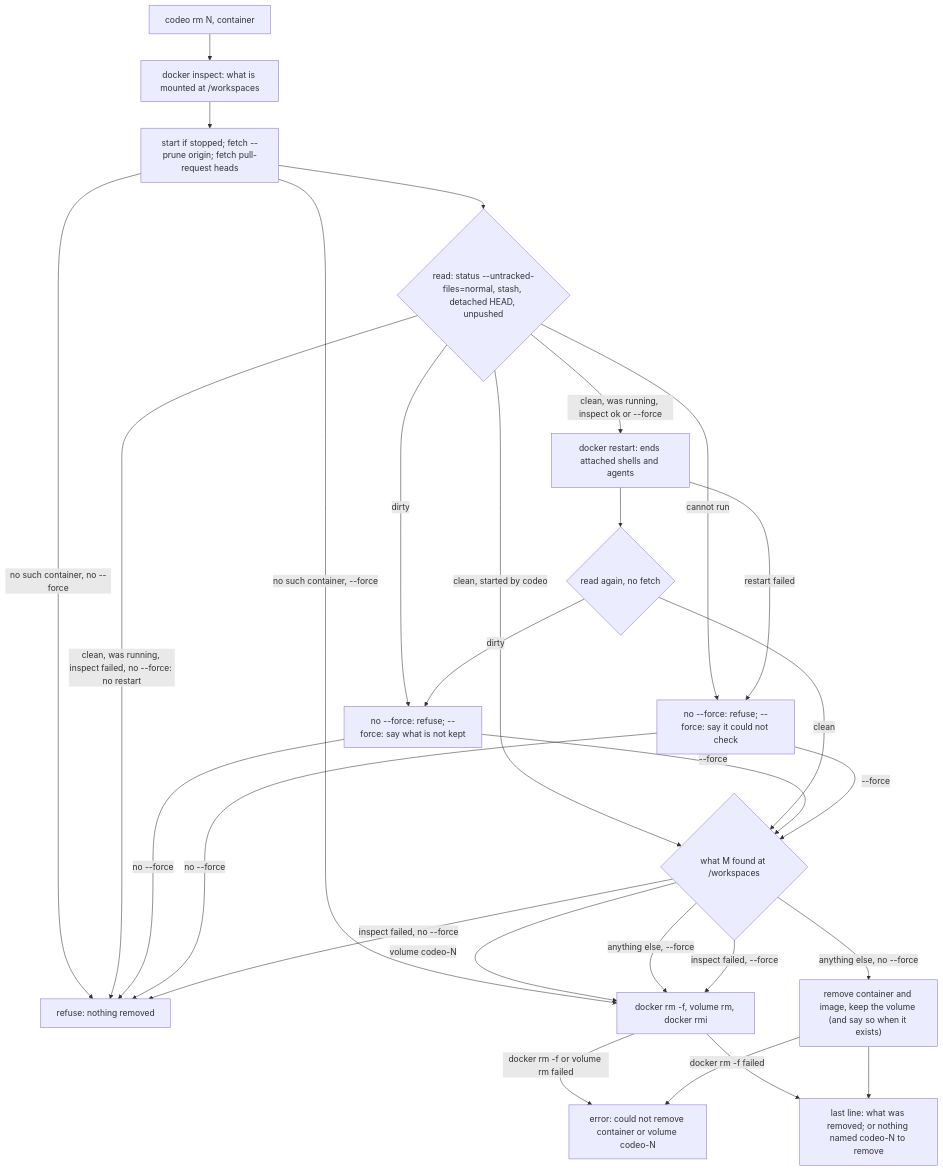
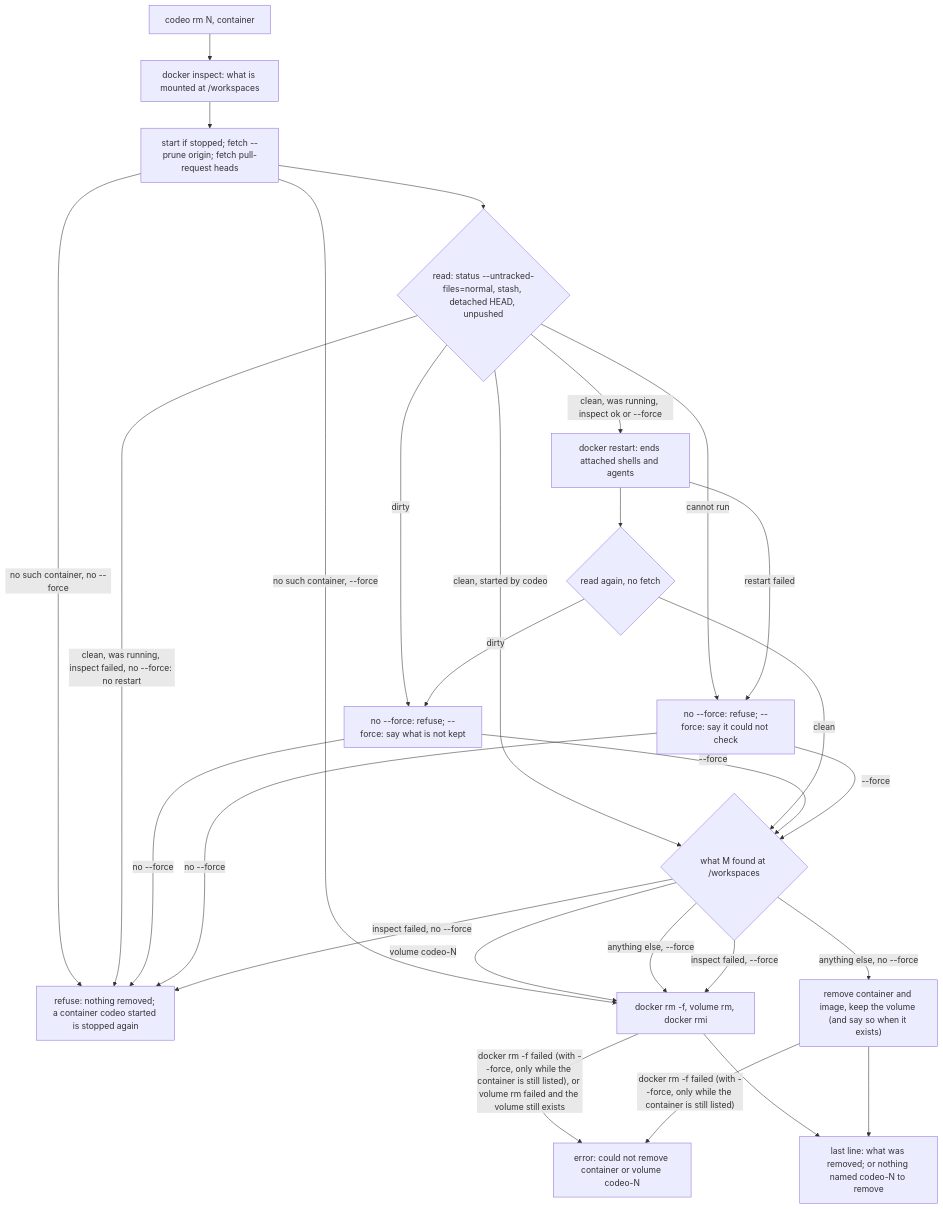
Before and after one commit to kbajpai/codeo: the second of 2 diagrams in .devcontainer/README.md, drawn with Mermaid. The commit also changed other lines of this file and 17 other files, not shown here.

First line of the commit message:
fix: close the #149 and #145 leftovers: codeo rm remedies, a refused rm that leaves a container running, and triage and inflight text and test pins (#154) (#160)

````diff
--- a/.devcontainer/README.md
+++ b/.devcontainer/README.md
@@ -186,30 +186,30 @@
 ```mermaid
 flowchart TD
     A["codeo rm N, container"] --> M["docker inspect: what is mounted at /workspaces"]
     M --> B["start if stopped; fetch --prune origin; fetch pull-request heads"]
-    B -- "no such container, no --force" --> Q["refuse: nothing removed"]
+    B -- "no such container, no --force" --> Q["refuse: nothing removed; a container codeo started is stopped again"]
     B -- "no such container, --force" --> G
     B --> C{"read: status --untracked-files=normal, stash, detached HEAD, unpushed"}
     C -- "dirty" --> R["no --force: refuse; --force: say what is not kept"]
     C -- "cannot run" --> X["no --force: refuse; --force: say it could not check"]
     C -- "clean, started by codeo" --> F
     C -- "clean, was running, inspect failed, no --force: no restart" --> Q
     C -- "clean, was running, inspect ok or --force" --> D["docker restart: ends attached shells and agents"]
     D -- "restart failed" --> X
     D --> E{"read again, no fetch"}
     E -- "dirty" --> R
     E -- "clean" --> F{"what M found at /workspaces"}
     R -- "--force" --> F
     X -- "--force" --> F
     R -- "no --force" --> Q
     X -- "no --force" --> Q
     F -- "volume codeo-N" --> G["docker rm -f, volume rm, docker rmi"]
     F -- "anything else, --force" --> G
     F -- "anything else, no --force" --> H["remove container and image, keep the volume (and say so when it exists)"]
     F -- "inspect failed, --force" --> G
     F -- "inspect failed, no --force" --> Q
-    G -- "docker rm -f or volume rm failed" --> Y["error: could not remove container or volume codeo-N"]
-    H -- "docker rm -f failed" --> Y
+    G -- "docker rm -f failed (with --force, only while the container is still listed), or volume rm failed and the volume still exists" --> Y["error: could not remove container or volume codeo-N"]
+    H -- "docker rm -f failed (with --force, only while the container is still listed)" --> Y
     G --> Z["last line: what was removed; or nothing named codeo-N to remove"]
     H --> Z
 ```
````
